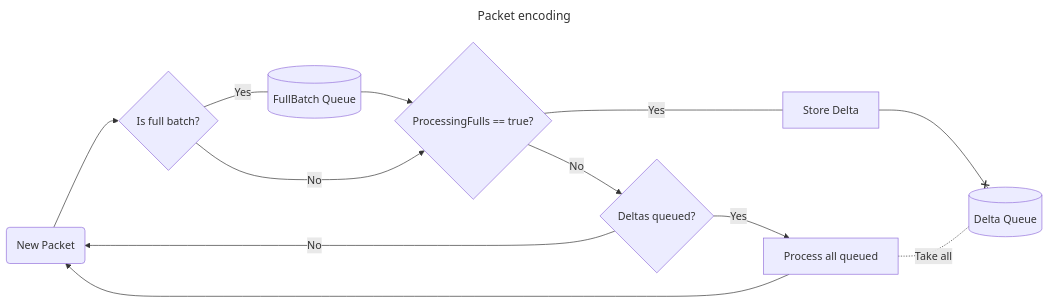
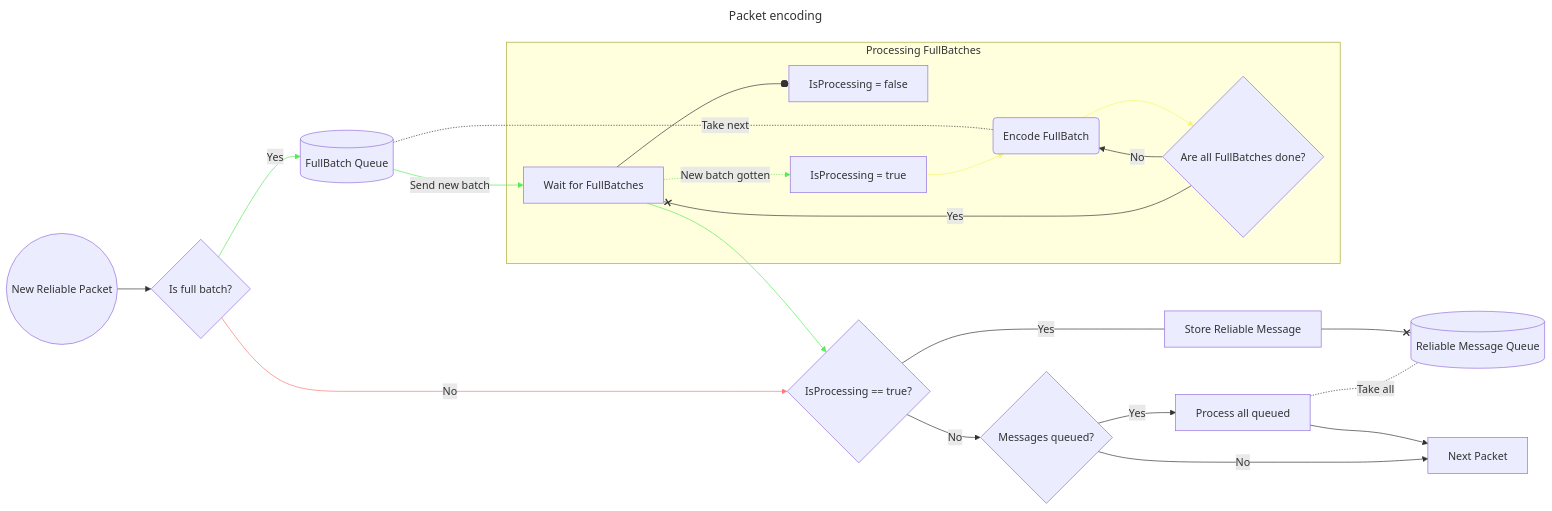
The diagram in OVERVIEW.md (BlueCyro/Outflow), drawn with Mermaid before and after one commit. The commit also changed other lines of this file, not shown here.

Commit message:
Update overview with new diagram

````diff
--- a/OVERVIEW.md
+++ b/OVERVIEW.md
@@ -19,18 +19,32 @@
 ```mermaid
 ---
 title: Packet encoding
 ---
 flowchart LR
-    New(New Packet) --> IsFull{Is full batch?}
-    IsFull ---|Yes| FullQueue[(FullBatch Queue)] --> CheckTasks{ProcessingFulls == true?}
+
+    New((New Reliable Packet)) --> IsFull{Is full batch?}
+    IsFull -->|Yes| FullQueue[(FullBatch Queue)] -->|Send new batch| Wait --> CheckTasks{IsProcessing == true?}
+    linkStyle 1,2,3 stroke:#59EB5C
+    
     IsFull -->|No| CheckTasks
+    linkStyle 4 stroke:#FF7676
+
+    FullQueue -.-|Take next| SendFull(Encode FullBatch) --> IsEmpty{Are all FullBatches done?}
+    linkStyle 6 stroke:#F8F770
+
+    subgraph Processing FullBatches
+        IsEmpty -->|No| SendFull
+        IsEmpty --x|Yes| Wait[Wait for FullBatches] --o StopProcessingFulls[IsProcessing = false]
+        Wait -.->|New batch gotten| ProcessingFulls[IsProcessing = true] --> SendFull
+        linkStyle 10 stroke:#59EB5C
+        linkStyle 11 stroke:#F8F770
+    end
     
-    CheckTasks ---|Yes| StoreDelta[Store Delta] --x Queue[(Delta Queue)]
-    CheckTasks -->|No| DeltasQueued{Deltas queued?}
-    DeltasQueued -->|Yes| Process[Process all queued]
-    DeltasQueued -->|No| New
+    CheckTasks ---|Yes| StoreDelta[Store Reliable Message] --x Queue[(Reliable Message Queue)]
+    CheckTasks -->|No| DeltasQueued{Messages queued?}
+    DeltasQueued -->|Yes| Process[Process all queued] --> Next[Next Packet]
+    DeltasQueued -->|No| Next
 
 
     Process -.-|Take all| Queue
-    Process --> New
 ```
````
